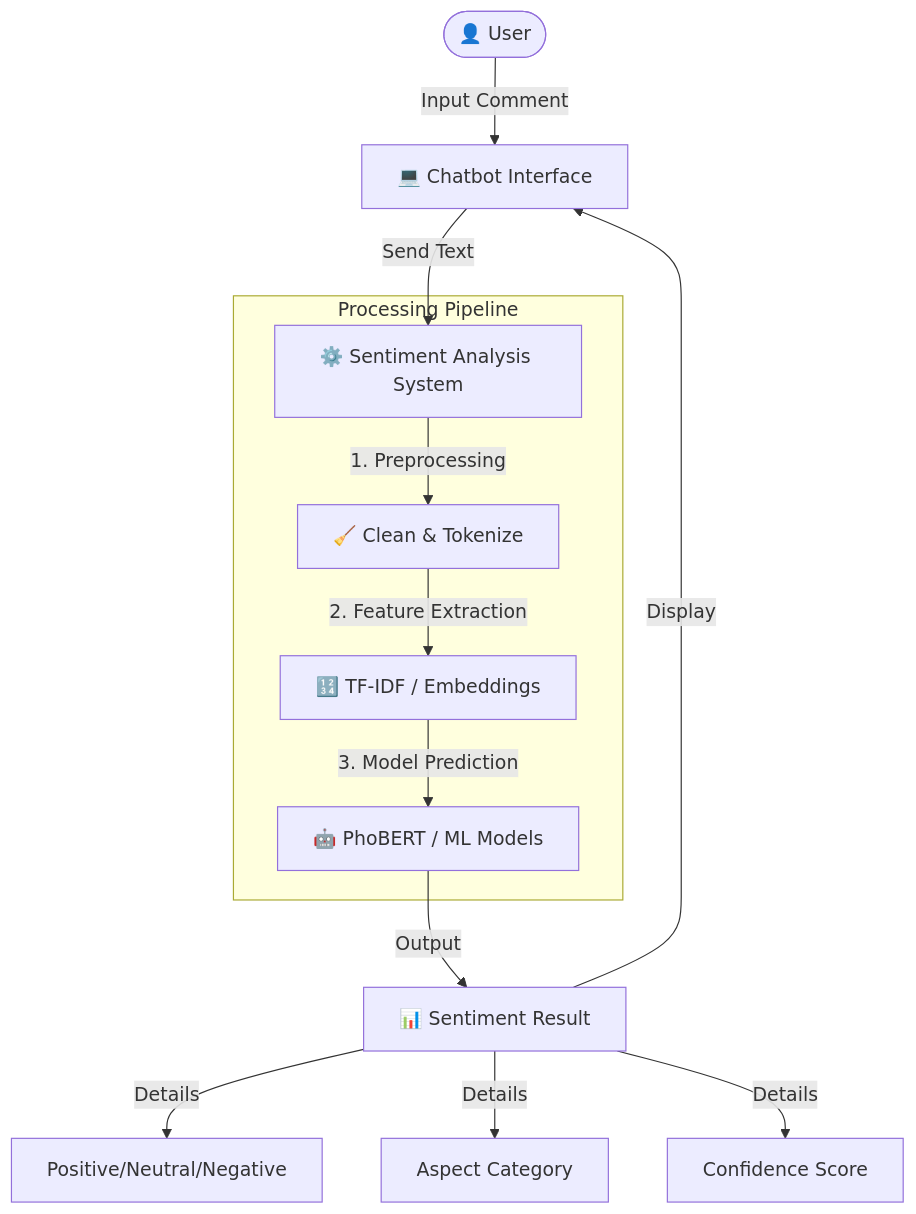
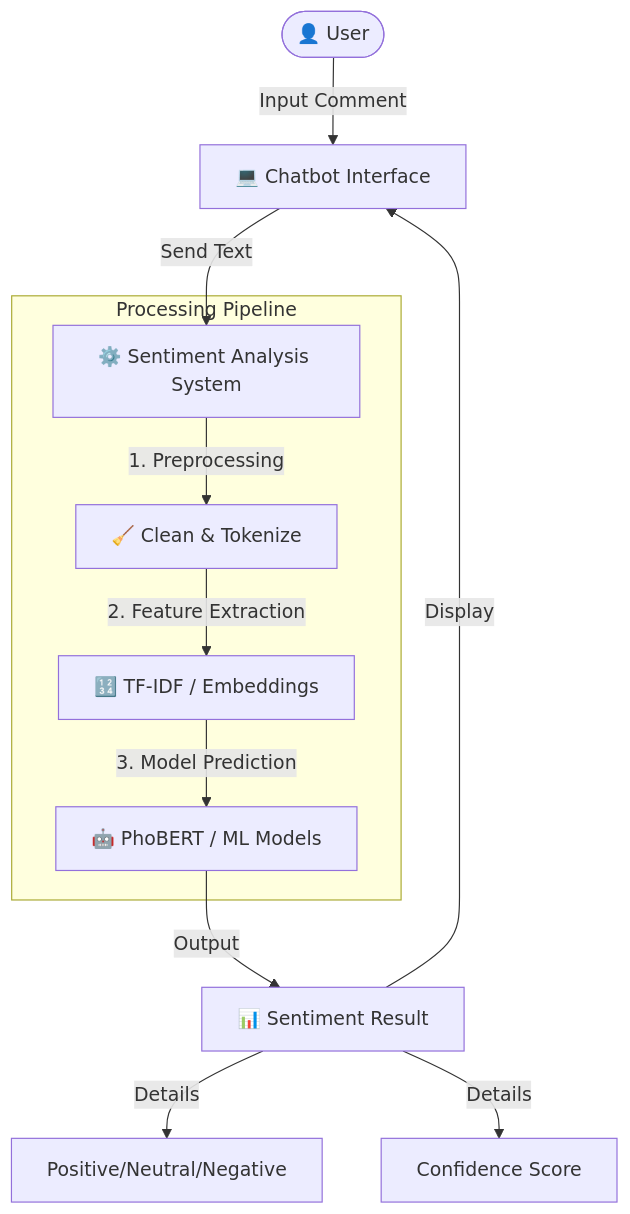
The first of 2 diagrams in README.md (yudnhat25/NLP), drawn with Mermaid before and after one commit.

````diff
--- a/README.md
+++ b/README.md
@@ -31,18 +31,17 @@
 ```mermaid
 graph TD
     User([👤 User]) -->|Input Comment| UI[💻 Chatbot Interface]
     UI -->|Send Text| System[⚙️ Sentiment Analysis System]
     
     subgraph "Processing Pipeline"
         System -->|1. Preprocessing| Prep[🧹 Clean & Tokenize]
         Prep -->|2. Feature Extraction| Feat[🔢 TF-IDF / Embeddings]
         Feat -->|3. Model Prediction| AI[🤖 PhoBERT / ML Models]
     end
     
     AI -->|Output| Result[📊 Sentiment Result]
     Result -->|Display| UI
     
     Result -->|Details| D1[Positive/Neutral/Negative]
-    Result -->|Details| D2[Aspect Category]
-    Result -->|Details| D3[Confidence Score]
+    Result -->|Details| D2[Confidence Score]
 ```
````
